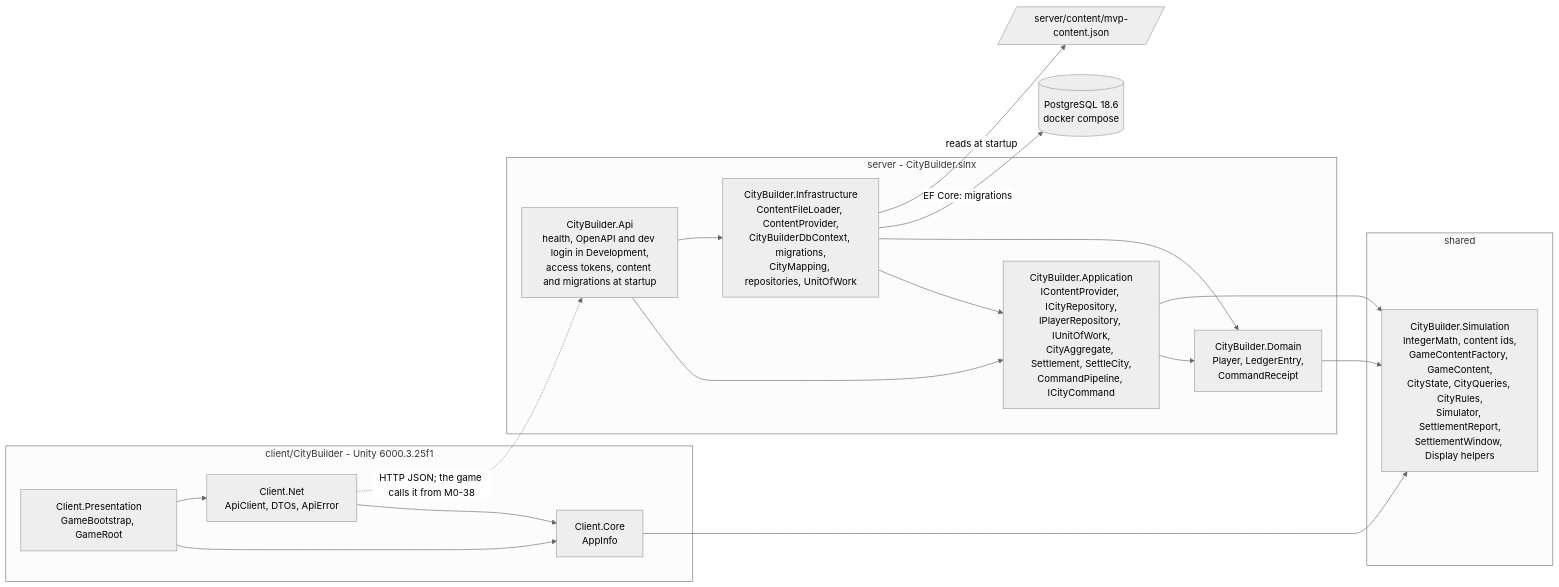
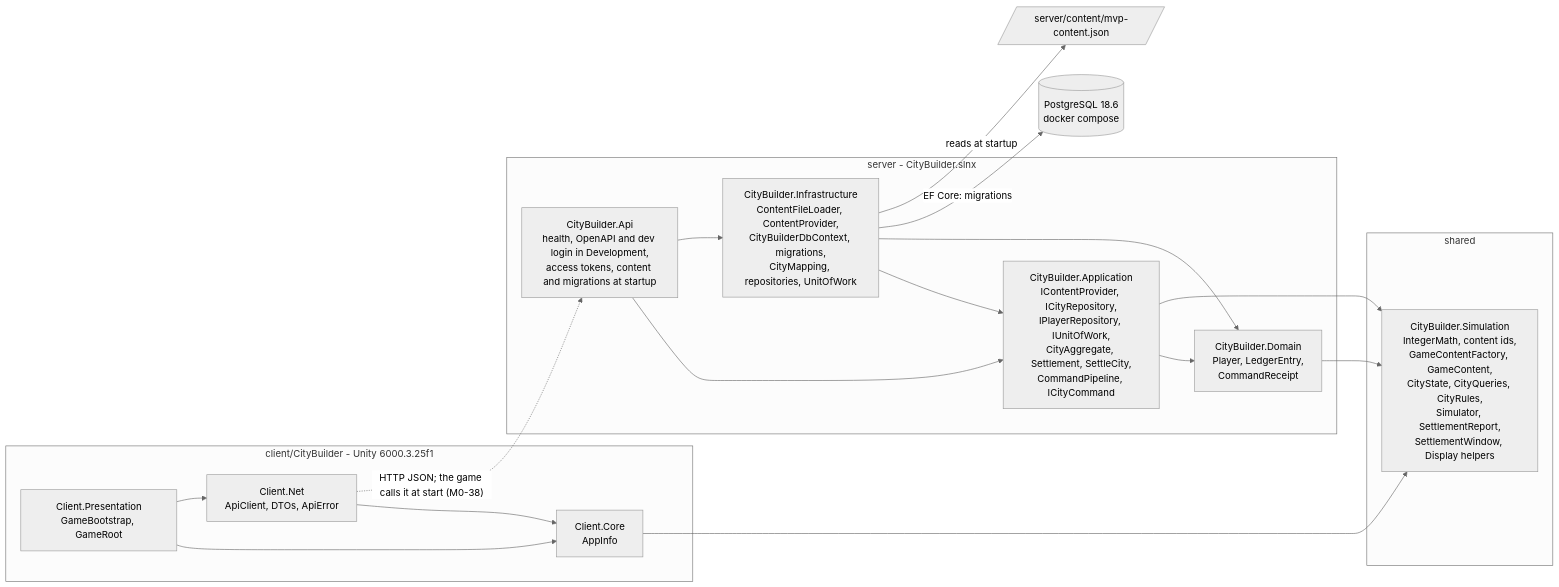
One commit to Samurai-netizen/citybuild changed the diagram in docs/architecture/overview.md. Above: the diagram before and after it, drawn with Mermaid (neutral theme). The commit also changed other lines of this file and 66 other files, not shown here.

````diff
--- a/docs/architecture/overview.md
+++ b/docs/architecture/overview.md
@@ -20,34 +20,34 @@
 ```mermaid
 flowchart LR
   subgraph clientside["client/CityBuilder - Unity 6000.3.25f1"]
     PRES["Client.Presentation<br/>GameBootstrap, GameRoot"]
     NET["Client.Net<br/>ApiClient, DTOs, ApiError"]
     CORE["Client.Core<br/>AppInfo"]
   end
   subgraph sharedside["shared"]
     SIM["CityBuilder.Simulation<br/>IntegerMath, content ids,<br/>GameContentFactory, GameContent,<br/>CityState, CityQueries, CityRules,<br/>Simulator, SettlementReport,<br/>SettlementWindow, Display helpers"]
   end
   subgraph serverside["server - CityBuilder.slnx"]
     API["CityBuilder.Api<br/>health, OpenAPI and dev login in Development,<br/>access tokens, content and migrations at startup"]
     INF["CityBuilder.Infrastructure<br/>ContentFileLoader, ContentProvider,<br/>CityBuilderDbContext, migrations,<br/>CityMapping, repositories, UnitOfWork"]
     APP["CityBuilder.Application<br/>IContentProvider, ICityRepository,<br/>IPlayerRepository, IUnitOfWork,<br/>CityAggregate, Settlement, SettleCity,<br/>CommandPipeline, ICityCommand"]
     DOM["CityBuilder.Domain<br/>Player, LedgerEntry,<br/>CommandReceipt"]
   end
   DB[("PostgreSQL 18.6<br/>docker compose")]
   FILE[/"server/content/mvp-content.json"/]
   PRES --> CORE
   PRES --> NET
   NET --> CORE
   CORE --> SIM
   API --> APP
   API --> INF
   INF --> APP
   INF --> DOM
   APP --> DOM
   APP --> SIM
   DOM --> SIM
-  NET -.->|"HTTP JSON; the game calls it from M0-38"| API
+  NET -.->|"HTTP JSON; the game calls it at start (M0-38)"| API
   INF -->|"EF Core: migrations"| DB
   INF -->|"reads at startup"| FILE
   classDef planned stroke-dasharray: 4 4
 ```
````
